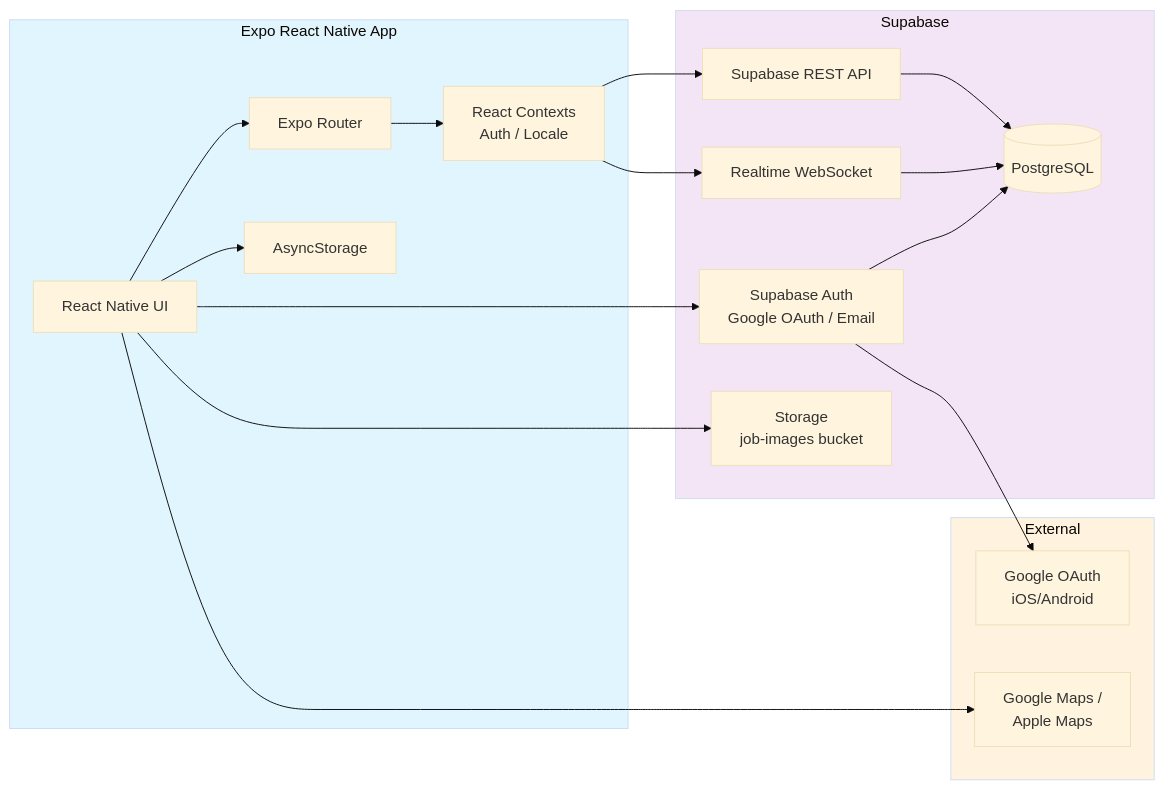
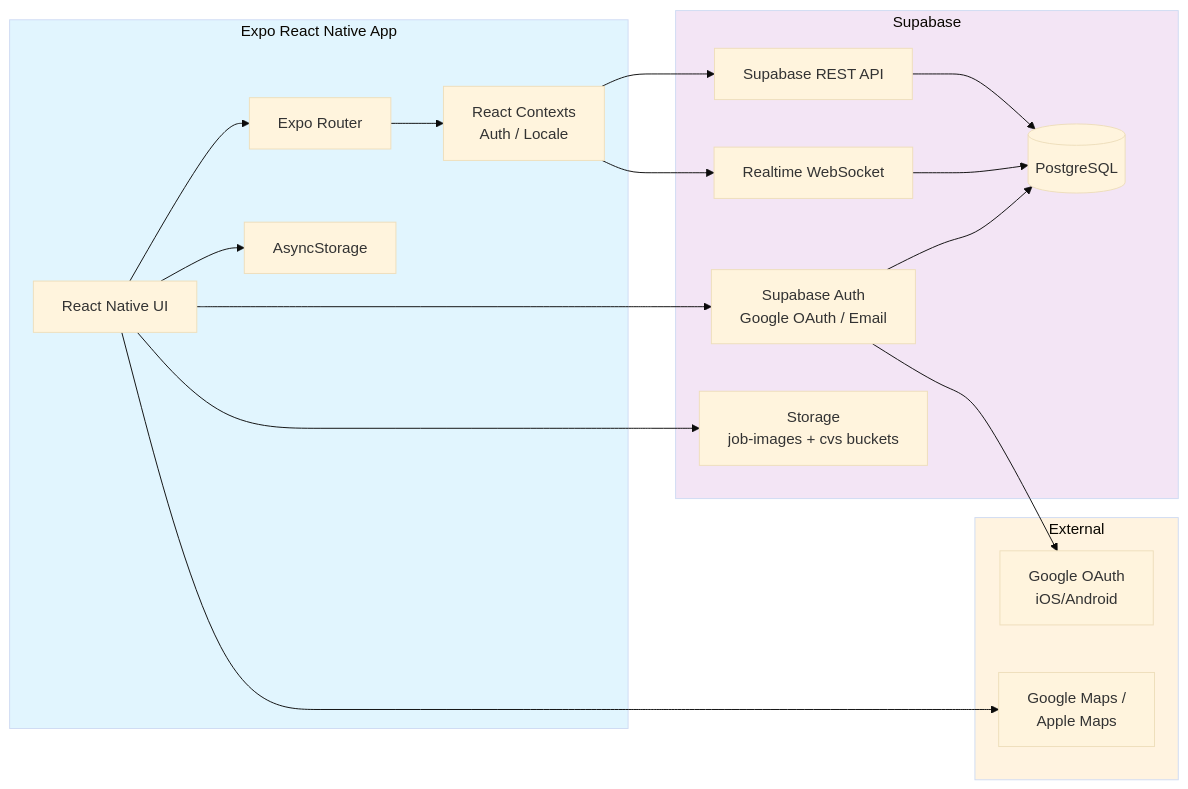
Diagram 14 of 15 in database-design.md (phyothant-dev/loc-jobs), drawn with Mermaid (base theme) before and after one commit. The commit also changed other lines of this file and 6 other files, not shown here.

````diff
--- a/database-design.md
+++ b/database-design.md
@@ -656,39 +676,39 @@
 ```mermaid
 flowchart LR
     subgraph MobileApp [Expo React Native App]
         UI[React Native UI]
         State[React Contexts<br/>Auth / Locale]
         Router[Expo Router]
         Async[AsyncStorage]
     end
 
     subgraph Supabase
         Auth[Supabase Auth<br/>Google OAuth / Email]
         REST[Supabase REST API]
         RT[Realtime WebSocket]
         DB[(PostgreSQL)]
-        S3[Storage<br/>job-images bucket]
+        S3[Storage<br/>job-images + cvs buckets]
     end
 
     subgraph External
         GOOGLE[Google OAuth<br/>iOS/Android]
         MAPS[Google Maps /<br/>Apple Maps]
     end
 
     UI --> Router
     Router --> State
     State --> REST
     State --> RT
     UI --> Async
     REST --> DB
     RT --> DB
     Auth --> GOOGLE
     Auth --> DB
     UI --> Auth
     UI --> S3
     UI --> MAPS
 
     style MobileApp fill:#e1f5fe
     style Supabase fill:#f3e5f5
     style External fill:#fff3e0
 ```
````
